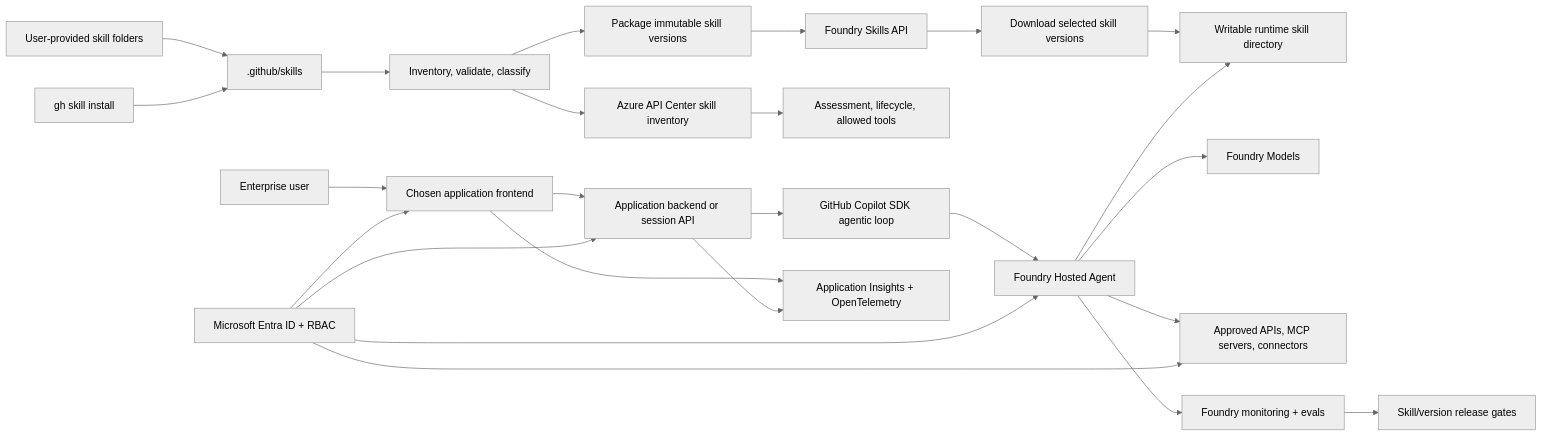
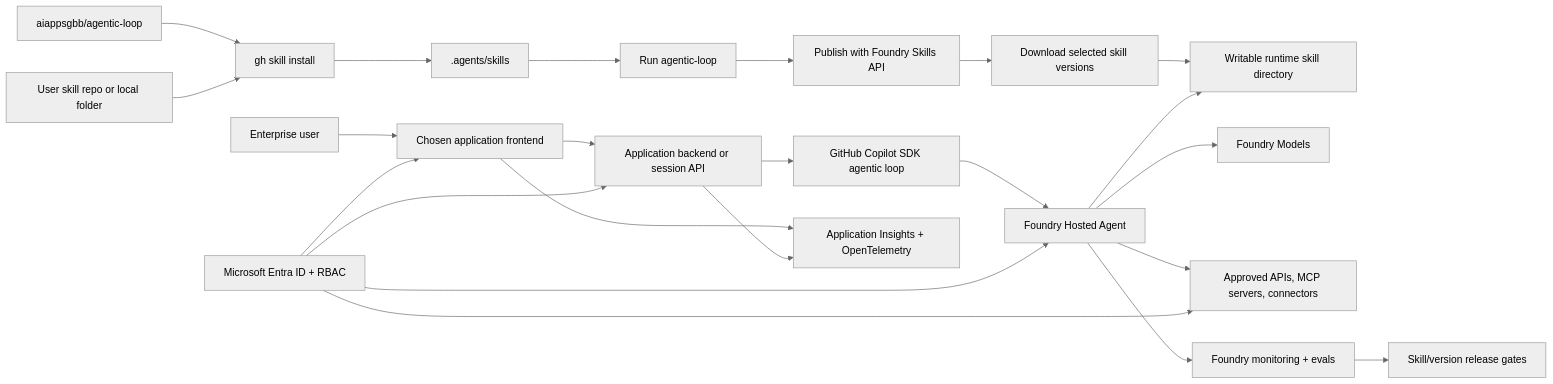
Before and after one commit to aiappsgbb/agentic-loop: the diagram in playbooks/bring-your-own-skills/README.md, drawn with Mermaid (neutral theme). The commit also changed other lines of this file, not shown here.

First line of the commit message:
Simplify skill installation flow

````diff
--- a/playbooks/bring-your-own-skills/README.md
+++ b/playbooks/bring-your-own-skills/README.md
@@ -38,27 +37,25 @@
 ```mermaid
 flowchart LR
-  Proto[User-provided skill folders] --> Project[.github/skills]
-  CLI[gh skill install] --> Project
-  Project --> Intake[Inventory, validate, classify]
-  Intake --> Package[Package immutable skill versions]
-  Package --> Skills[Foundry Skills API]
+  BuildRepo[aiappsgbb/agentic-loop] --> CLI[gh skill install]
+  UserRepo[User skill repo or local folder] --> CLI
+  CLI --> Project[.agents/skills]
+  Project --> Loop[Run agentic-loop]
+  Loop --> Skills[Publish with Foundry Skills API]
   Skills --> Download[Download selected skill versions]
   Download --> SkillDir[Writable runtime skill directory]
-  Intake --> APIC[Azure API Center skill inventory]
-  APIC --> Gov[Assessment, lifecycle, allowed tools]
   User[Enterprise user] --> Frontend[Chosen application frontend]
   Frontend --> App[Application backend or session API]
   App --> SDK[GitHub Copilot SDK agentic loop]
   SDK --> Agent[Foundry Hosted Agent]
   Agent --> Models[Foundry Models]
   Agent --> SkillDir
   Agent --> Tools[Approved APIs, MCP servers, connectors]
   Entra[Microsoft Entra ID + RBAC] --> Frontend
   Entra --> App
   Entra --> Agent
   Entra --> Tools
   Frontend --> Insights[Application Insights + OpenTelemetry]
   App --> Insights[Application Insights + OpenTelemetry]
   Agent --> Monitor[Foundry monitoring + evals]
   Monitor --> Gates[Skill/version release gates]
 ```
````
